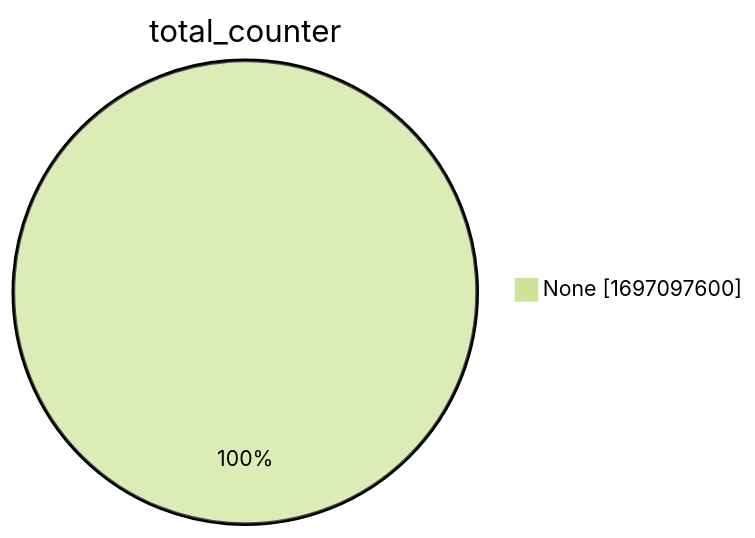
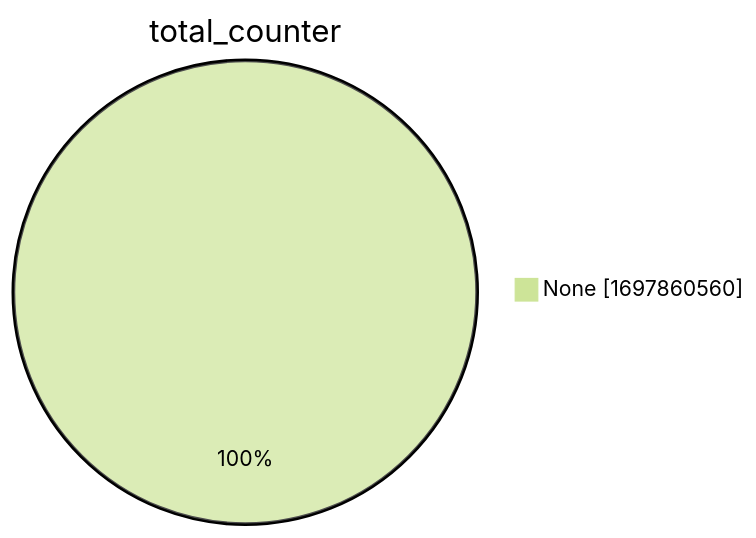
One commit to christiankrug/ctmonitor_visualization changed the second of 15 diagrams in xenon2022/README.md. Above: the diagram before and after it, drawn with Mermaid (forest theme). The commit also changed other lines of this file, not shown here.

````diff
--- a/xenon2022/README.md
+++ b/xenon2022/README.md
@@ -9,5 +9,5 @@
 ```mermaid
 pie showData
 title total_counter
-"None" :1697097600
+"None" :1697860560
 ```
````
